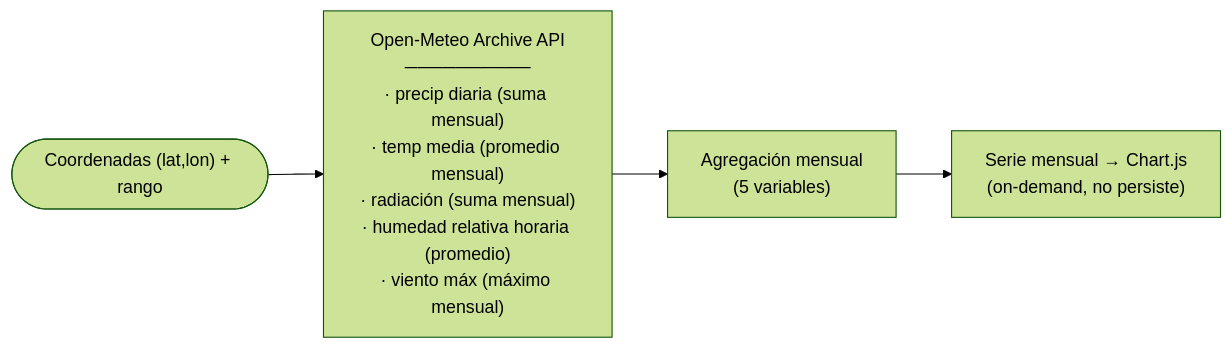
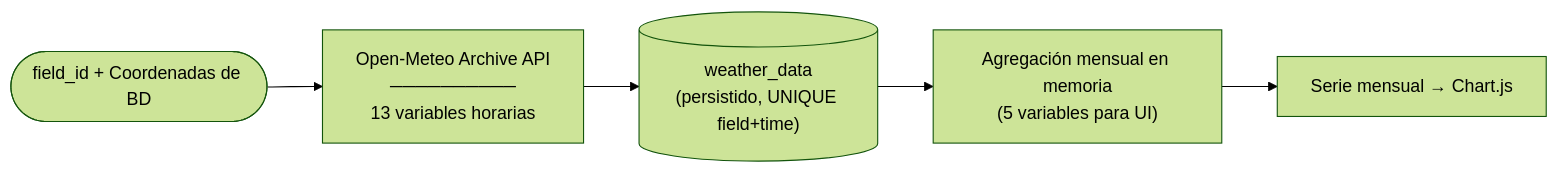
One commit to AlexPrietoRomani/AgroVision changed the fourth of 12 diagrams in docs/architect/architecture_agrovision.md. Above: the diagram before and after it, drawn with Mermaid (forest theme). The commit also changed other lines of this file and 1 other file, not shown here.

````diff
--- a/docs/architect/architecture_agrovision.md
+++ b/docs/architect/architecture_agrovision.md
@@ -181,9 +182,10 @@
 ```mermaid
 flowchart LR
-    C(["Coordenadas (lat,lon) + rango"])
-    OM["Open-Meteo Archive API<br/>──────────<br/>· precip diaria (suma mensual)<br/>· temp media (promedio mensual)<br/>· radiación (suma mensual)<br/>· humedad relativa horaria (promedio)<br/>· viento máx (máximo mensual)"]
-    A["Agregación mensual<br/>(5 variables)"]
-    R["Serie mensual → Chart.js<br/>(on-demand, no persiste)"]
+    C(["field_id + Coordenadas de BD"])
+    OM["Open-Meteo Archive API<br/>──────────<br/>13 variables horarias"]
+    DB[("weather_data<br/>(persistido, UNIQUE field+time)")]
+    A["Agregación mensual en memoria<br/>(5 variables para UI)"]
+    R["Serie mensual → Chart.js"]
 
-    C --> OM --> A --> R
+    C --> OM --> DB --> A --> R
 ```
````
